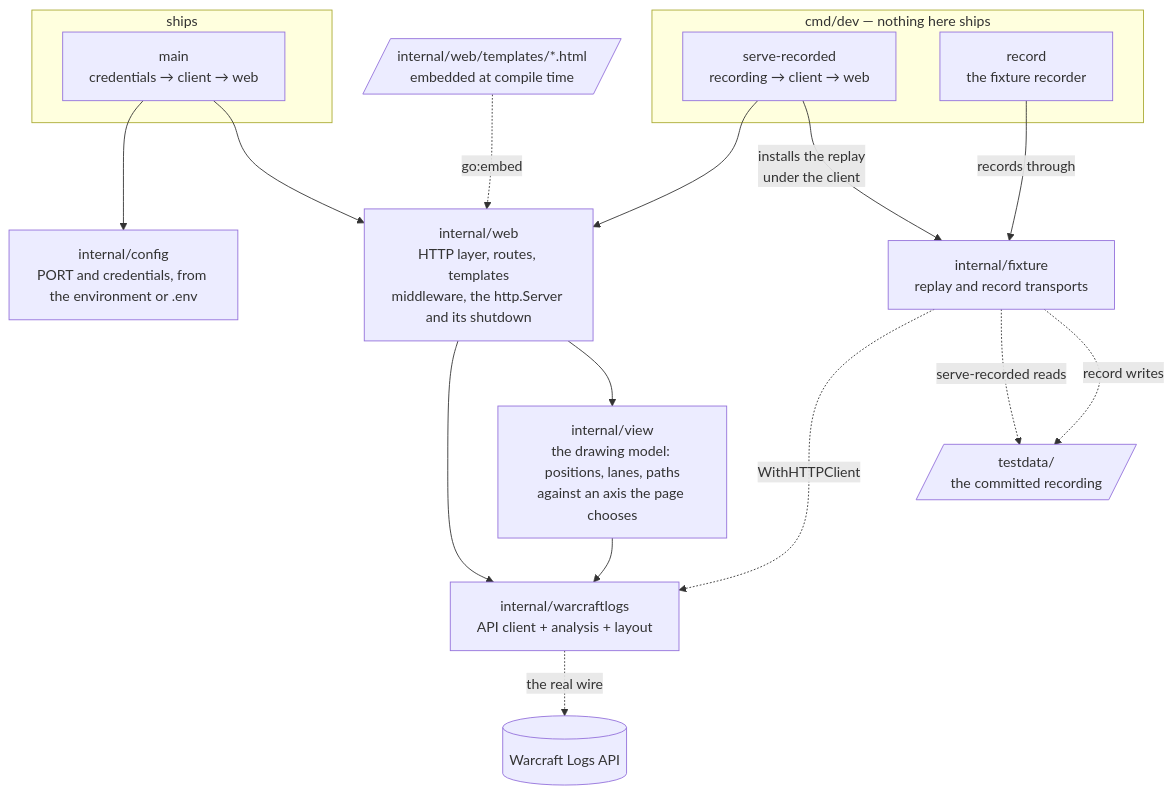
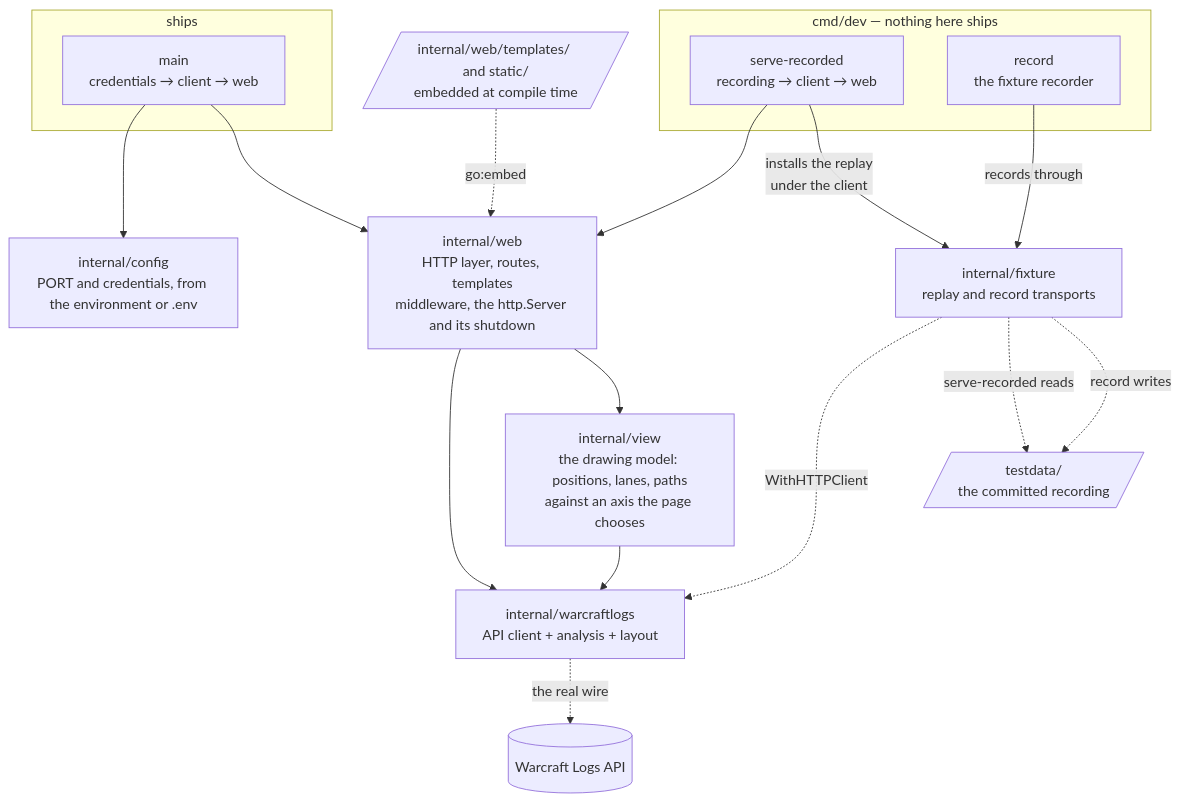
One commit to Gabriel2048/wow-insights changed the second of 3 diagrams in ARCHITECTURE.md. Above: the diagram before and after it, drawn with Mermaid. The commit also changed other lines of this file and 3 other files, not shown here.

````diff
--- a/ARCHITECTURE.md
+++ b/ARCHITECTURE.md
@@ -55,41 +56,41 @@
 ```mermaid
 flowchart TB
     %% verified: package graph
     subgraph ships["ships"]
         main["main<br/>credentials → client → web"]
     end
     subgraph dev["cmd/dev — nothing here ships"]
         serve_recorded["serve-recorded<br/>recording → client → web"]
         record["record<br/>the fixture recorder"]
     end
-    templates[/"internal/web/templates/*.html<br/>embedded at compile time"/]
+    templates[/"internal/web/templates/ and static/<br/>embedded at compile time"/]
     web["internal/web<br/>HTTP layer, routes, templates<br/>middleware, the http.Server and its shutdown"]
     view["internal/view<br/>the drawing model: positions, lanes, paths<br/>against an axis the page chooses"]
     config["internal/config<br/>PORT and credentials, from the environment or .env"]
     fixture["internal/fixture<br/>replay and record transports"]
     warcraftlogs["internal/warcraftlogs<br/>API client + analysis + layout"]
     api[("Warcraft Logs API")]
     testdata[/"testdata/<br/>the committed recording"/]
 
     main --> config
     main --> web
     serve_recorded --> web
     serve_recorded -->|"installs the replay<br/>under the client"| fixture
     record -->|"records through"| fixture
     templates -.->|"go:embed"| web
     web --> warcraftlogs
     web --> view
     view --> warcraftlogs
     %% Every binary also builds the client (warcraftlogs.New) and reads its
     %% configuration. Real, verified, and not drawn: the labels say it and
     %% the lines would only cross what matters.
     %% main --> warcraftlogs
     %% serve_recorded --> warcraftlogs
     %% record --> warcraftlogs
     %% serve_recorded --> config
     %% record --> config
     fixture -.->|"WithHTTPClient"| warcraftlogs
     fixture -.->|"serve-recorded reads"| testdata
     fixture -.->|"record writes"| testdata
     warcraftlogs -.->|"the real wire"| api
 ```
````
